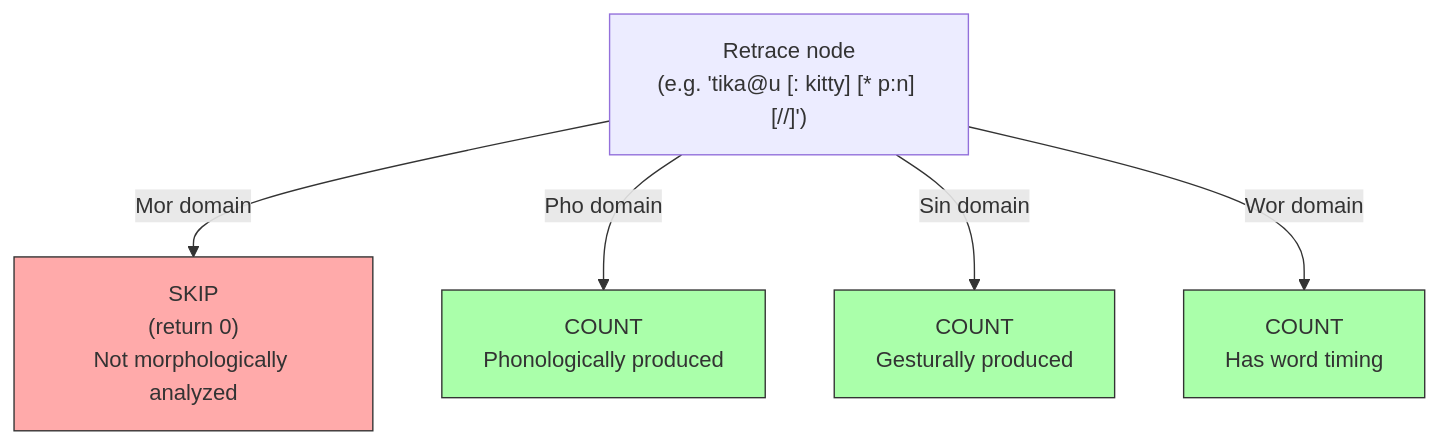
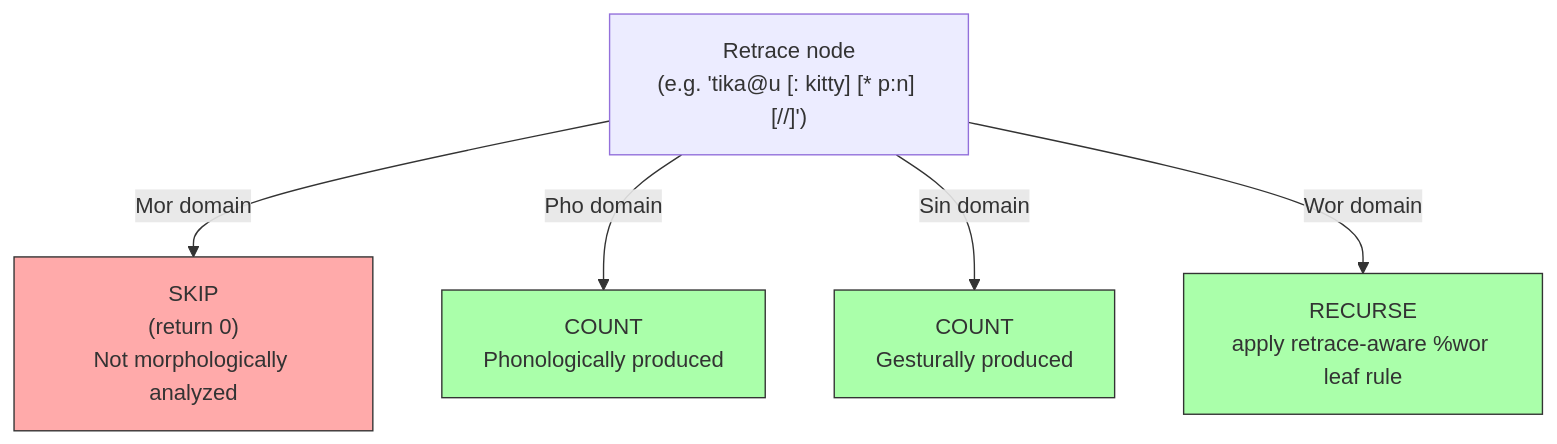
Before and after one commit to TalkBank/talkbank-tools: the third of 3 diagrams in book/src/chat-format/retraces.md, drawn with Mermaid. The commit also changed other lines of this file and 21 other files, not shown here.

````diff
--- a/book/src/chat-format/retraces.md
+++ b/book/src/chat-format/retraces.md
@@ -164,14 +164,14 @@
 ```mermaid
 flowchart TD
     RT["Retrace node\n(e.g. 'tika@u [: kitty] [* p:n] [//]')"]
 
     RT -->|"Mor domain"| SKIP["SKIP\n(return 0)\nNot morphologically analyzed"]
     RT -->|"Pho domain"| COUNT["COUNT\nPhonologically produced"]
     RT -->|"Sin domain"| COUNT2["COUNT\nGesturally produced"]
-    RT -->|"Wor domain"| COUNT3["COUNT\nHas word timing"]
+    RT -->|"Wor domain"| COUNT3["RECURSE\napply retrace-aware %wor leaf rule"]
 
     style SKIP fill:#faa,stroke:#333
     style COUNT fill:#afa,stroke:#333
     style COUNT2 fill:#afa,stroke:#333
     style COUNT3 fill:#afa,stroke:#333
 ```
````
